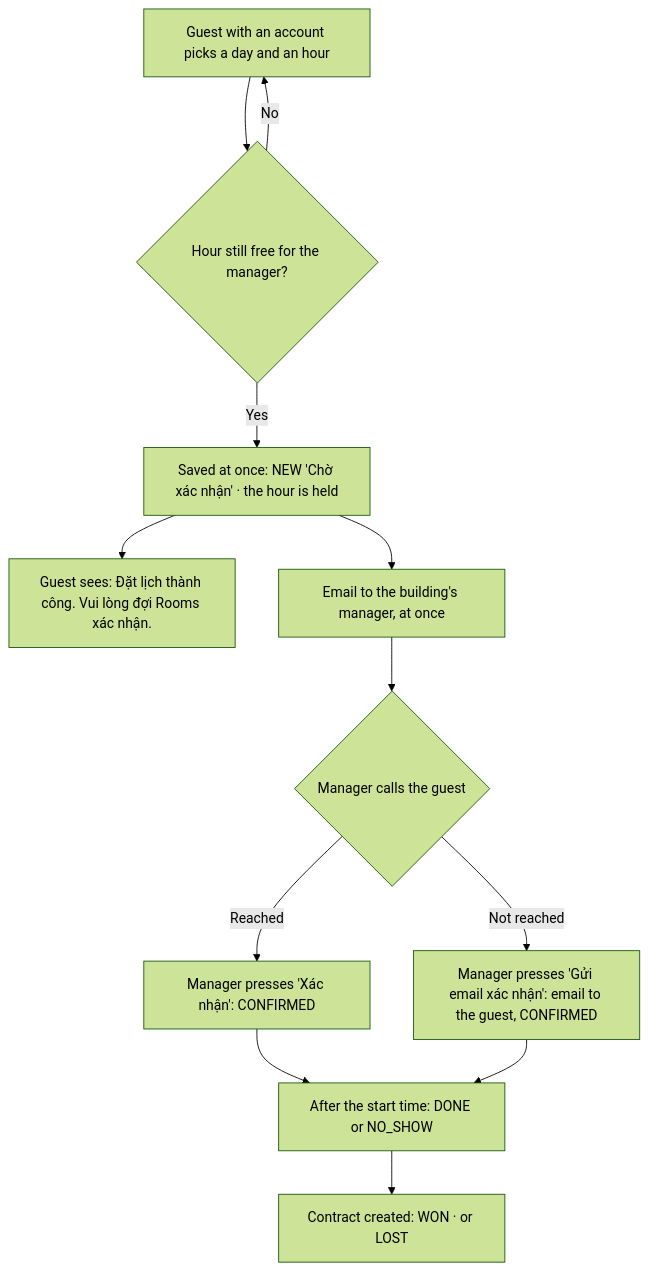
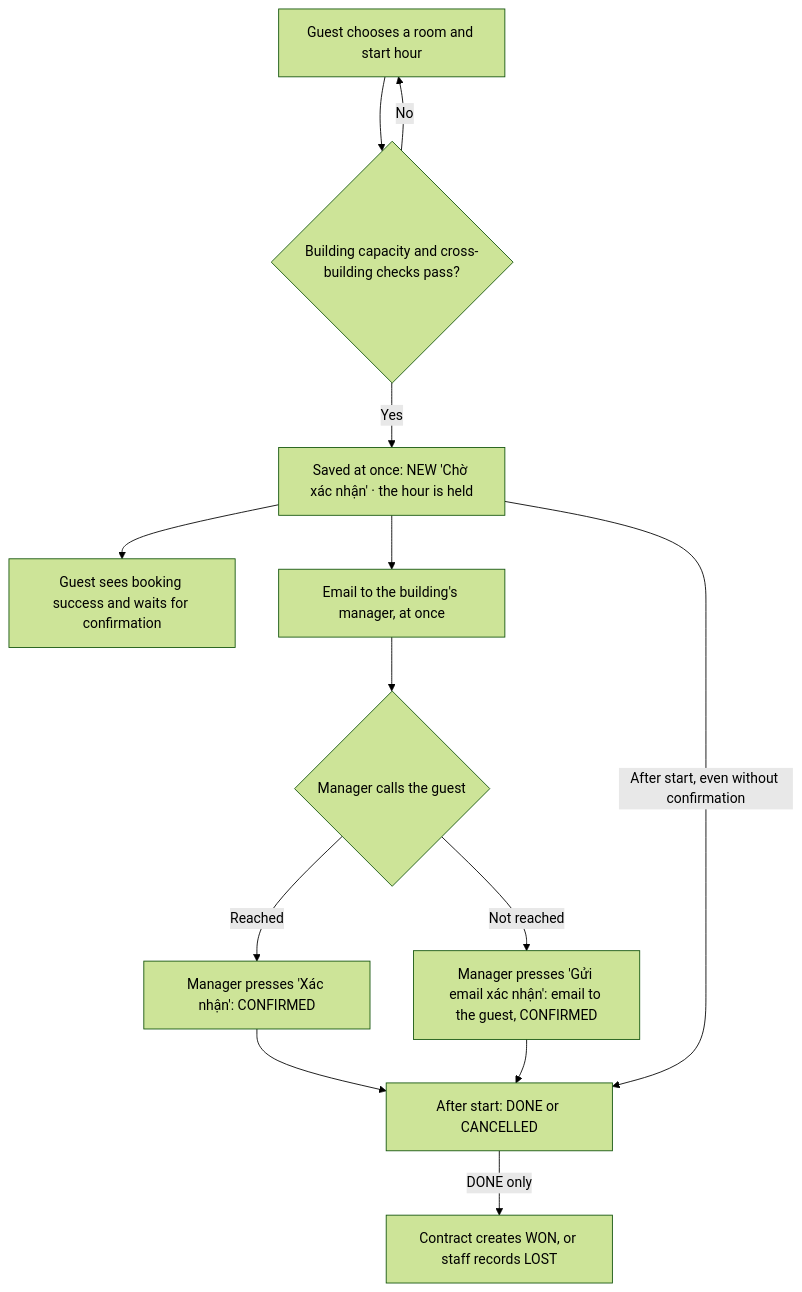
The diagram in docs/spec/13-viewings.md (vanminhh/Rooms), drawn with Mermaid (forest theme) before and after one commit. The commit also changed other lines of this file and 127 other files, not shown here.

````diff
--- a/docs/spec/13-viewings.md
+++ b/docs/spec/13-viewings.md
@@ -9,14 +9,15 @@
 ```mermaid
 flowchart TD
-  A["Guest with an account picks a day and an hour"] --> B{"Hour still free for the manager?"}
+  A["Guest chooses a room and start hour"] --> B{"Building capacity and cross-building checks pass?"}
   B -->|"No"| A
   B -->|"Yes"| C["Saved at once: NEW 'Chờ xác nhận' · the hour is held"]
-  C --> D["Guest sees: Đặt lịch thành công. Vui lòng đợi Rooms xác nhận."]
+  C --> D["Guest sees booking success and waits for confirmation"]
   C --> E["Email to the building's manager, at once"]
   E --> F{"Manager calls the guest"}
   F -->|"Reached"| G["Manager presses 'Xác nhận': CONFIRMED"]
   F -->|"Not reached"| H["Manager presses 'Gửi email xác nhận': email to the guest, CONFIRMED"]
-  G --> I["After the start time: DONE or NO_SHOW"]
+  G --> I["After start: DONE or CANCELLED"]
   H --> I
-  I --> J["Contract created: WON · or LOST"]
+  C -->|"After start, even without confirmation"| I
+  I -->|"DONE only"| J["Contract creates WON, or staff records LOST"]
 ```
````
